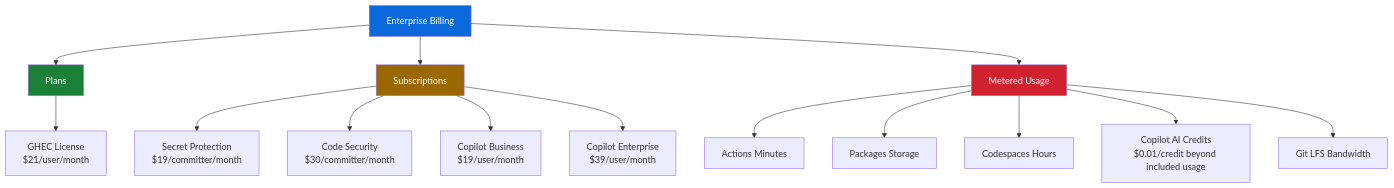
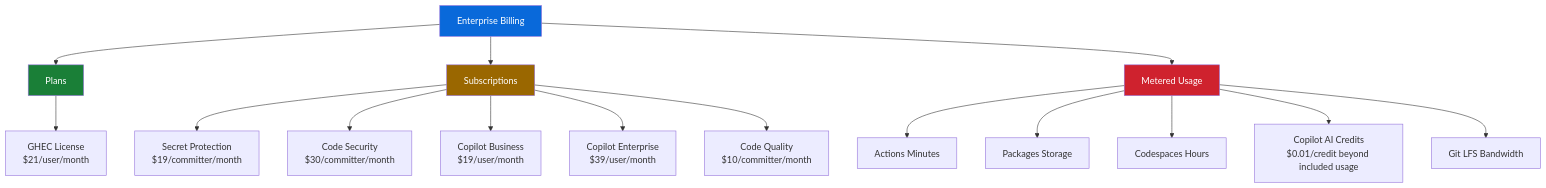
One commit to johnhain-msft/gh-abcs-admin changed the first of 3 diagrams in docs/19-licenses-billing.md. Above: the diagram before and after it, drawn with Mermaid. The commit also changed other lines of this file and 45 other files, not shown here.

````diff
--- a/docs/19-licenses-billing.md
+++ b/docs/19-licenses-billing.md
@@ -140,24 +140,25 @@
 ```mermaid
 flowchart TD
     A[Enterprise Billing] --> B[Plans]
     A --> C[Subscriptions]
     A --> D[Metered Usage]
 
     B --> B1[GHEC License<br/>$21/user/month]
 
     C --> C1[Secret Protection<br/>$19/committer/month]
     C --> C2[Code Security<br/>$30/committer/month]
     C --> C3[Copilot Business<br/>$19/user/month]
     C --> C4[Copilot Enterprise<br/>$39/user/month]
+    C --> C5[Code Quality<br/>$10/committer/month]
 
     D --> D1[Actions Minutes]
     D --> D2[Packages Storage]
     D --> D3[Codespaces Hours]
     D --> D4[Copilot AI Credits<br/>$0.01/credit beyond included usage]
     D --> D5[Git LFS Bandwidth]
 
     style A fill:#0969da,color:#fff
     style B fill:#1a7f37,color:#fff
     style C fill:#9a6700,color:#fff
     style D fill:#cf222e,color:#fff
 ```
````
